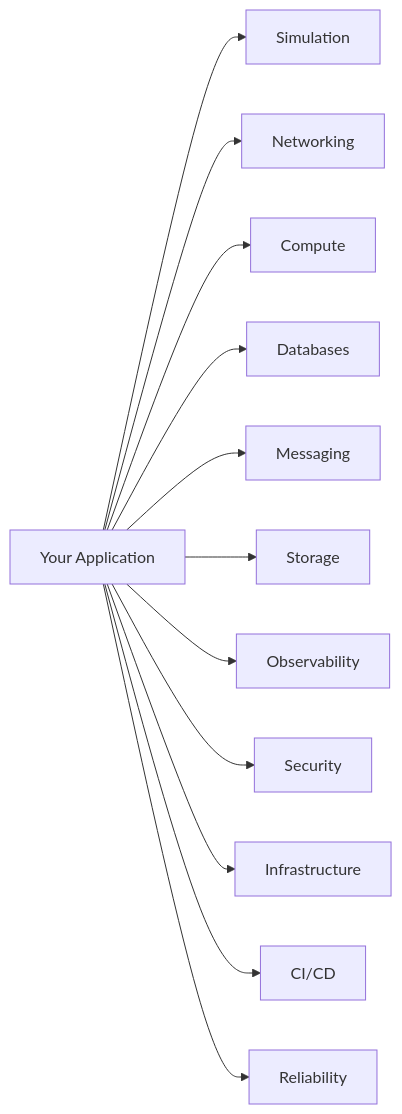
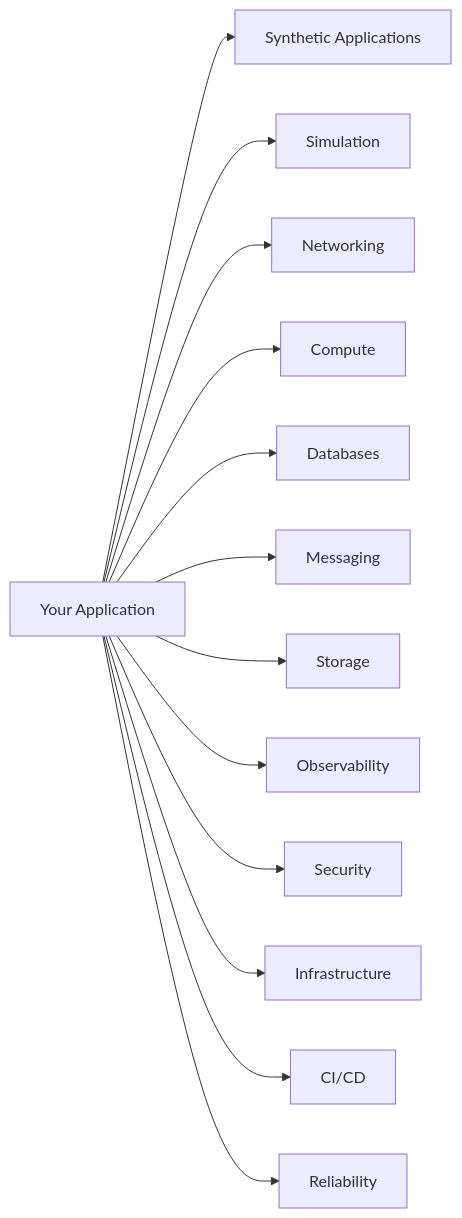
One commit to samin-al-wasee/production-simulator changed the diagram in docs/component-catalog.md. Above: the diagram before and after it, drawn with Mermaid. The commit also changed other lines of this file and 12 other files, not shown here.

First line of the commit message:
[docs] Add Synthetic Applications / Workload Engine subsystem

````diff
--- a/docs/component-catalog.md
+++ b/docs/component-catalog.md
@@ -11,15 +11,16 @@
 ```mermaid
 flowchart LR
+    SA[Synthetic Applications]
     SIM[Simulation]
     NW[Networking]
     CP[Compute]
     DB[Databases]
     MS[Messaging]
     ST[Storage]
     OB[Observability]
     SE[Security]
     IN[Infrastructure]
     CI[CI/CD]
     RE[Reliability]
-    APP[Your Application] --> SIM & NW & CP & DB & MS & ST & OB & SE & IN & CI & RE
+    APP[Your Application] --> SA & SIM & NW & CP & DB & MS & ST & OB & SE & IN & CI & RE
 ```
````
